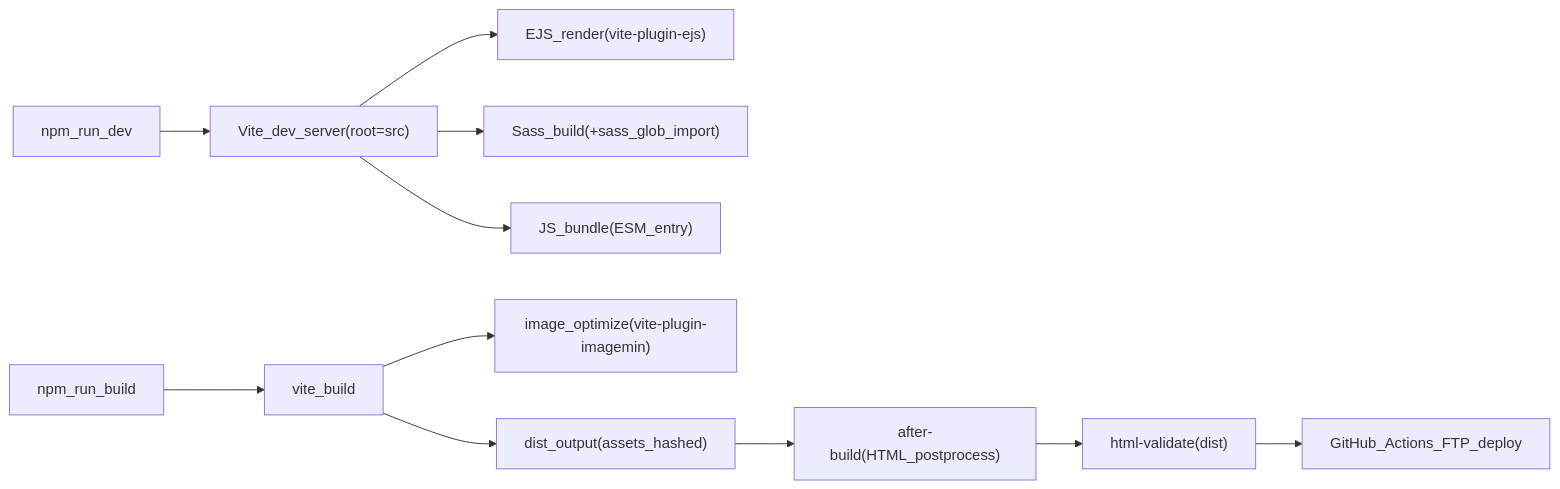
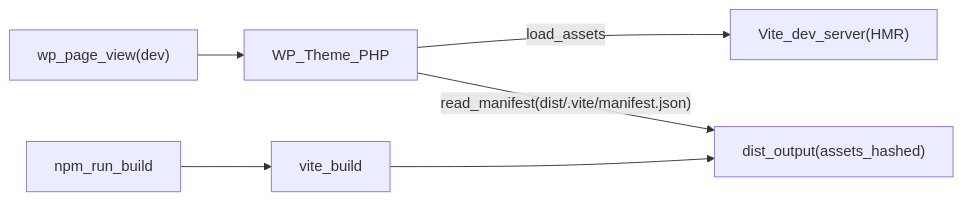
One commit to rea1i2e/t2025-12-24vite-wp changed the diagram in docs/report.md. Above: the diagram before and after it, drawn with Mermaid. The commit also changed other lines of this file, not shown here.

````diff
--- a/docs/report.md
+++ b/docs/report.md
@@ -25,14 +26,9 @@
 ```mermaid
 flowchart LR
-  dev["npm_run_dev"] --> viteDev["Vite_dev_server(root=src)"]
-  viteDev --> ejsRender["EJS_render(vite-plugin-ejs)"]
-  viteDev --> sassBuild["Sass_build(+sass_glob_import)"]
-  viteDev --> jsBundle["JS_bundle(ESM_entry)"]
+  dev["wp_page_view(dev)"] --> wpTheme["WP_Theme_PHP"]
+  wpTheme -->|"load_assets"| viteDev["Vite_dev_server(HMR)"]
 
   build["npm_run_build"] --> viteBuild["vite_build"]
-  viteBuild --> imgMin["image_optimize(vite-plugin-imagemin)"]
   viteBuild --> distOut["dist_output(assets_hashed)"]
-  distOut --> afterBuild["after-build(HTML_postprocess)"]
-  afterBuild --> validate["html-validate(dist)"]
-  validate --> deploy["GitHub_Actions_FTP_deploy"]
+  wpTheme -->|"read_manifest(dist/.vite/manifest.json)"| distOut
 ```
````
